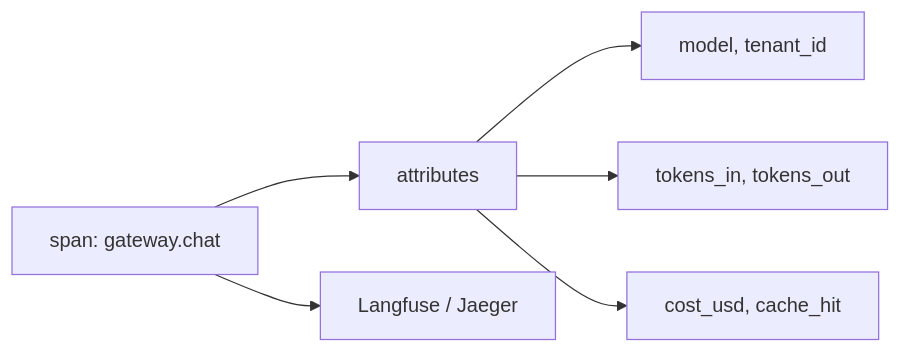
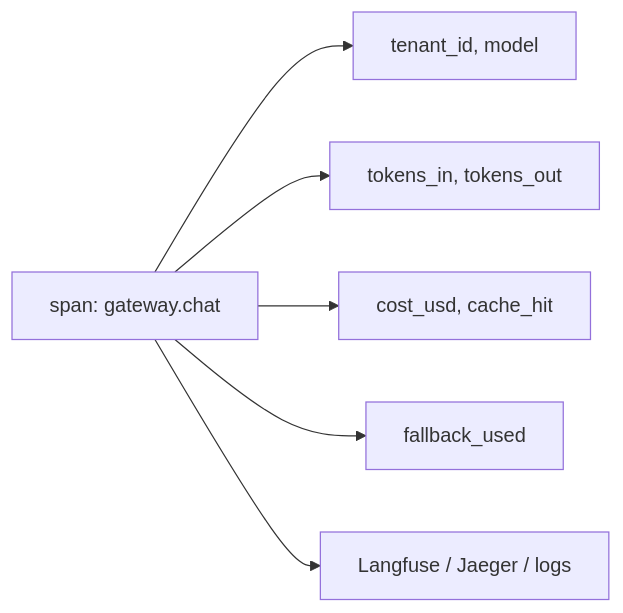
One commit to codevoks/Learning changed the third of 3 diagrams in AI/AI Development/modules/03-project-llm-gateway/MODULE.md. Above: the diagram before and after it, drawn with Mermaid. The commit also changed other lines of this file and 32 other files, not shown here.

````diff
--- a/AI/AI Development/modules/03-project-llm-gateway/MODULE.md
+++ b/AI/AI Development/modules/03-project-llm-gateway/MODULE.md
@@ -197,8 +473,8 @@
 ```mermaid
 flowchart LR
-    Span["span: gateway.chat"] --> Attrs["attributes"]
-    Attrs --> M["model, tenant_id"]
-    Attrs --> T["tokens_in, tokens_out"]
-    Attrs --> C["cost_usd, cache_hit"]
-    Span --> Export["Langfuse / Jaeger"]
+    Span["span: gateway.chat"] --> A1["tenant_id, model"]
+    Span --> A2["tokens_in, tokens_out"]
+    Span --> A3["cost_usd, cache_hit"]
+    Span --> A4["fallback_used"]
+    Span --> Export["Langfuse / Jaeger / logs"]
 ```
````
